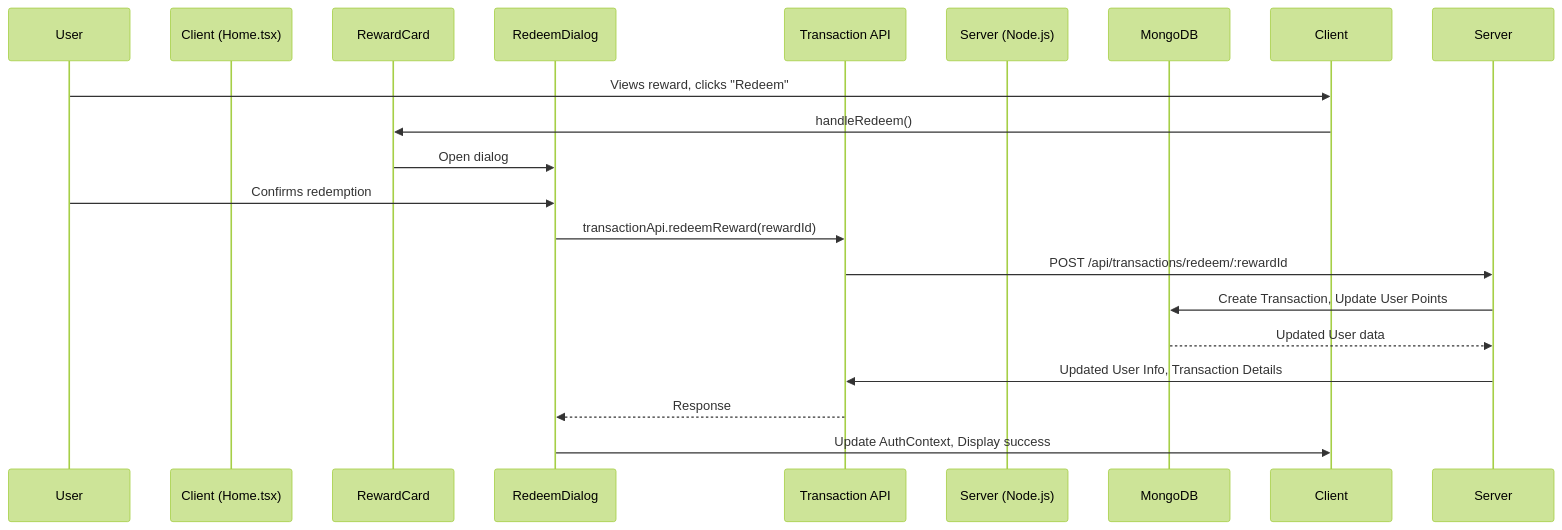
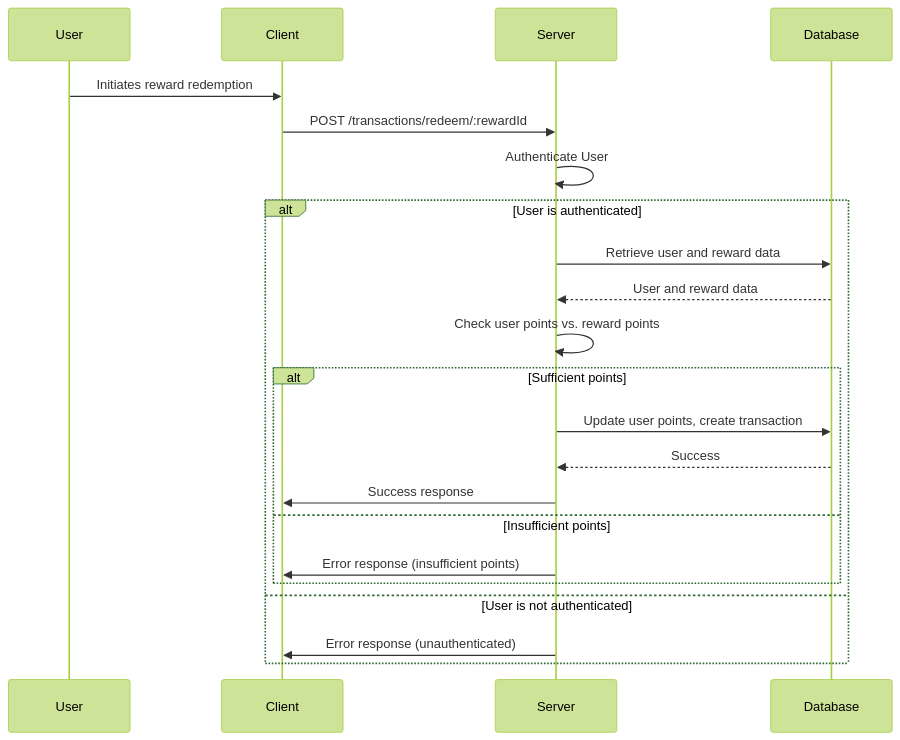
Before and after one commit to sreecharan-desu/reXa: the eighth of 12 diagrams in README.md, drawn with Mermaid (forest theme). The commit also changed other lines of this file, not shown here.

````diff
--- a/README.md
+++ b/README.md
@@ -1592,22 +1073,25 @@
 ```mermaid
 sequenceDiagram
     participant User
-    participant Client (Home.tsx)
-    participant RewardCard
-    participant RedeemDialog
-    participant Transaction API
-    participant Server (Node.js)
-    participant MongoDB
+    participant Client
+    participant Server
+    participant Database
 
-    User->>Client: Views reward, clicks "Redeem"
-    Client->>RewardCard: handleRedeem()
-    RewardCard->>RedeemDialog: Open dialog
-    User->>RedeemDialog: Confirms redemption
-    RedeemDialog->>Transaction API: transactionApi.redeemReward(rewardId)
-    Transaction API->>Server: POST /api/transactions/redeem/:rewardId
-    Server->>MongoDB: Create Transaction, Update User Points
-    MongoDB-->>Server: Updated User data
-    Server->>Transaction API: Updated User Info, Transaction Details
-    Transaction API-->>RedeemDialog: Response
-    RedeemDialog->>Client: Update AuthContext, Display success
+    User->>Client: Initiates reward redemption
+    Client->>Server: POST /transactions/redeem/:rewardId
+    Server->>Server: Authenticate User
+    alt User is authenticated
+        Server->>Database: Retrieve user and reward data
+        Database-->>Server: User and reward data
+        Server->>Server: Check user points vs. reward points
+        alt Sufficient points
+            Server->>Database: Update user points, create transaction
+            Database-->>Server: Success
+            Server->>Client: Success response
+        else Insufficient points
+            Server->>Client: Error response (insufficient points)
+        end
+    else User is not authenticated
+        Server->>Client: Error response (unauthenticated)
+    end
 ```
````
